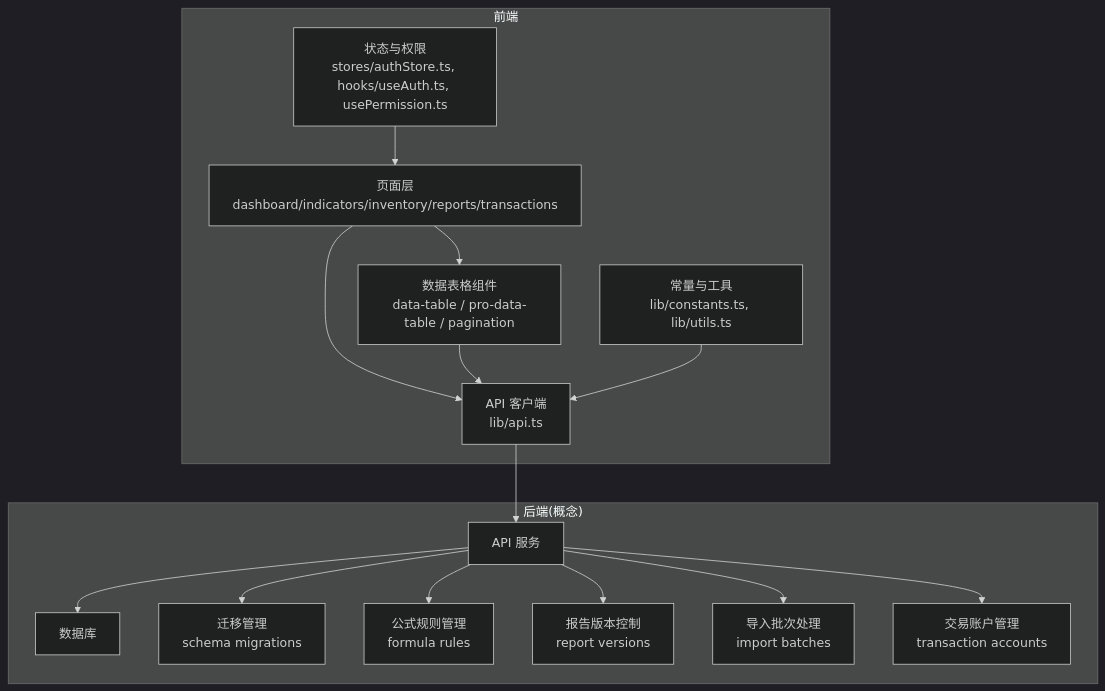
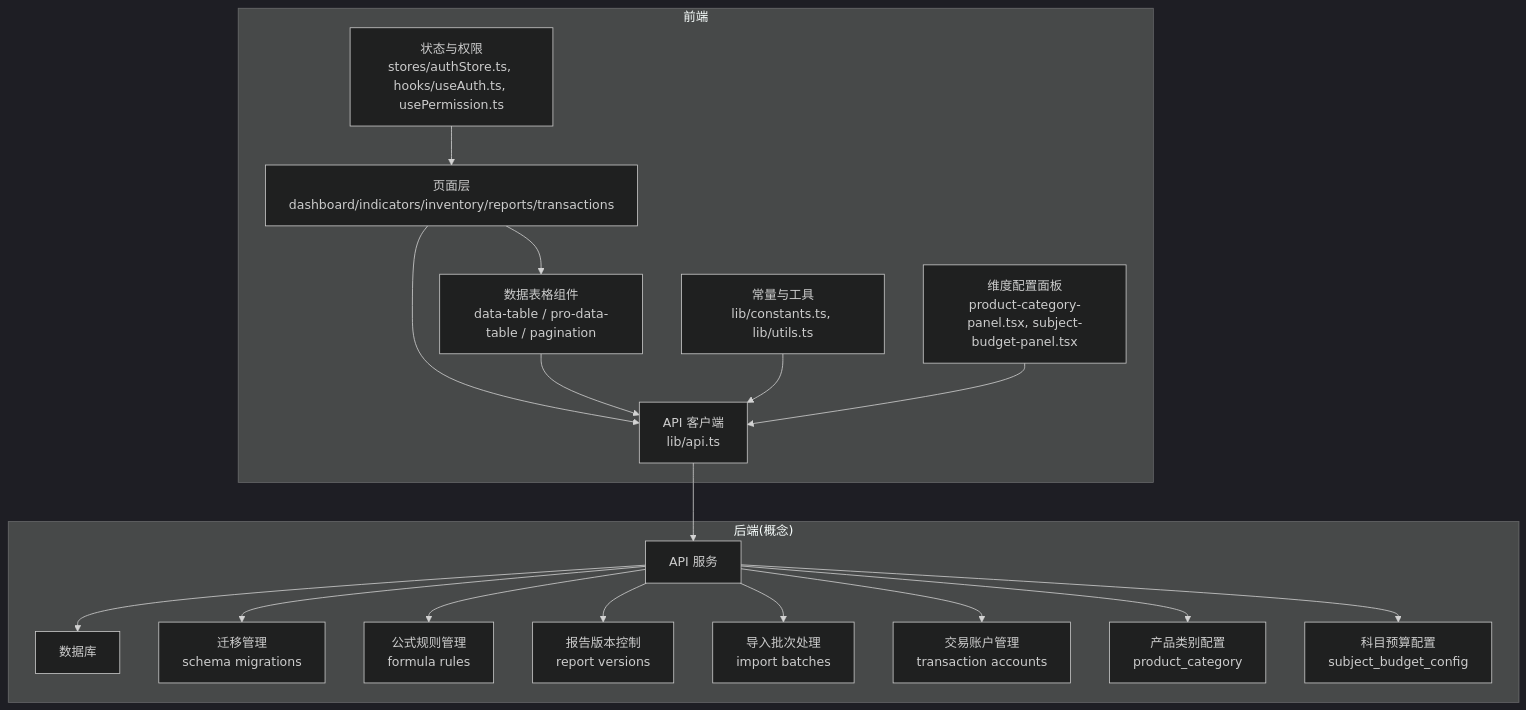
The first of 9 diagrams in .qoder/repowiki/zh/content/架构设计/数据库架构设计.md (Damao997/newproject), drawn with Mermaid (dark theme) before and after one commit. The commit also changed other lines of this file and 10 other files, not shown here.

````diff
--- a/.qoder/repowiki/zh/content/架构设计/数据库架构设计.md
+++ b/.qoder/repowiki/zh/content/架构设计/数据库架构设计.md
@@ -68,31 +55,37 @@
 ```mermaid
 graph TB
 subgraph "前端"
 A["页面层<br/>dashboard/indicators/inventory/reports/transactions"]
 B["数据表格组件<br/>data-table / pro-data-table / pagination"]
 C["API 客户端<br/>lib/api.ts"]
 D["状态与权限<br/>stores/authStore.ts, hooks/useAuth.ts, usePermission.ts"]
 E["常量与工具<br/>lib/constants.ts, lib/utils.ts"]
+F["维度配置面板<br/>product-category-panel.tsx, subject-budget-panel.tsx"]
 end
 subgraph "后端(概念)"
-F["API 服务"]
-G["数据库"]
-H["迁移管理<br/>schema migrations"]
-I["公式规则管理<br/>formula rules"]
-J["报告版本控制<br/>report versions"]
-K["导入批次处理<br/>import batches"]
-L["交易账户管理<br/>transaction accounts"]
+G["API 服务"]
+H["数据库"]
+I["迁移管理<br/>schema migrations"]
+J["公式规则管理<br/>formula rules"]
+K["报告版本控制<br/>report versions"]
+L["导入批次处理<br/>import batches"]
+M["交易账户管理<br/>transaction accounts"]
+N["产品类别配置<br/>product_category"]
+O["科目预算配置<br/>subject_budget_config"]
 end
 A --> B
 A --> C
 B --> C
-C --> F
-F --> G
-F --> H
-F --> I
-F --> J
-F --> K
-F --> L
+C --> G
+G --> H
+G --> I
+G --> J
+G --> K
+G --> L
+G --> M
+G --> N
+G --> O
 D --> A
 E --> C
+F --> C
 ```
````
